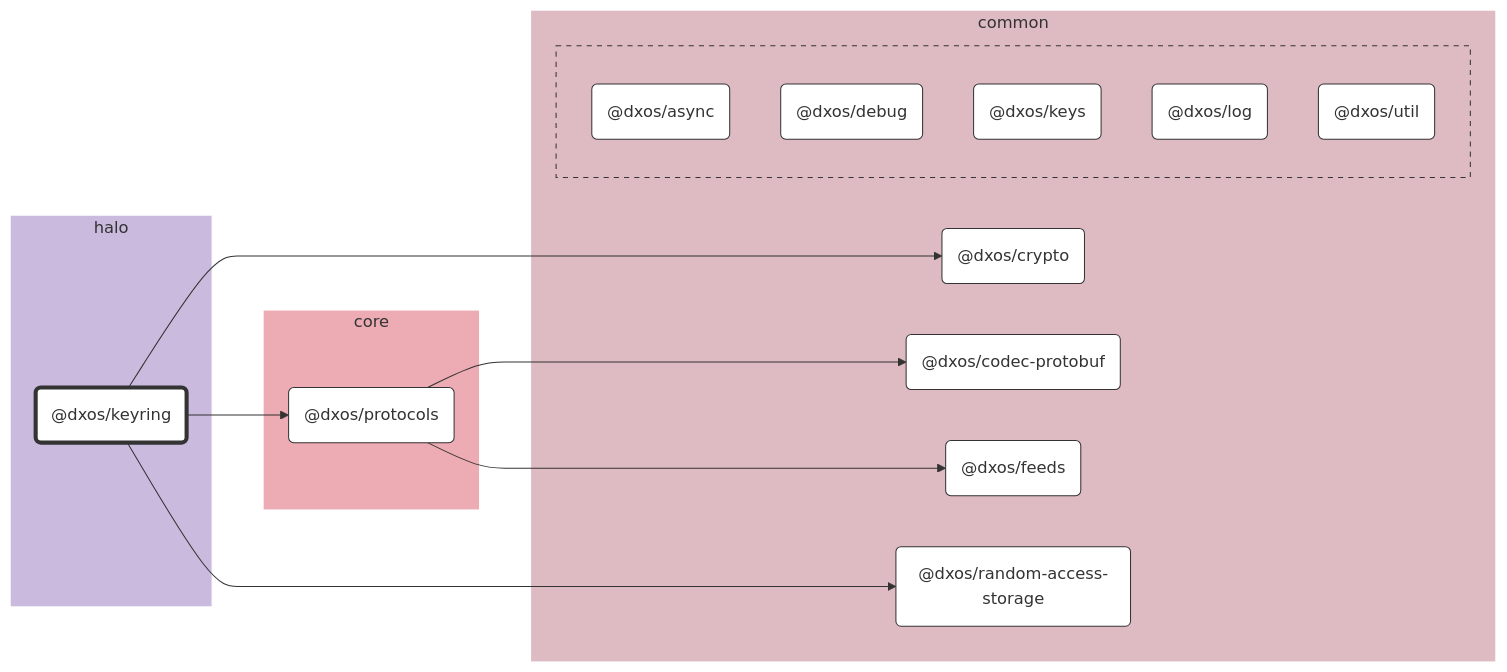
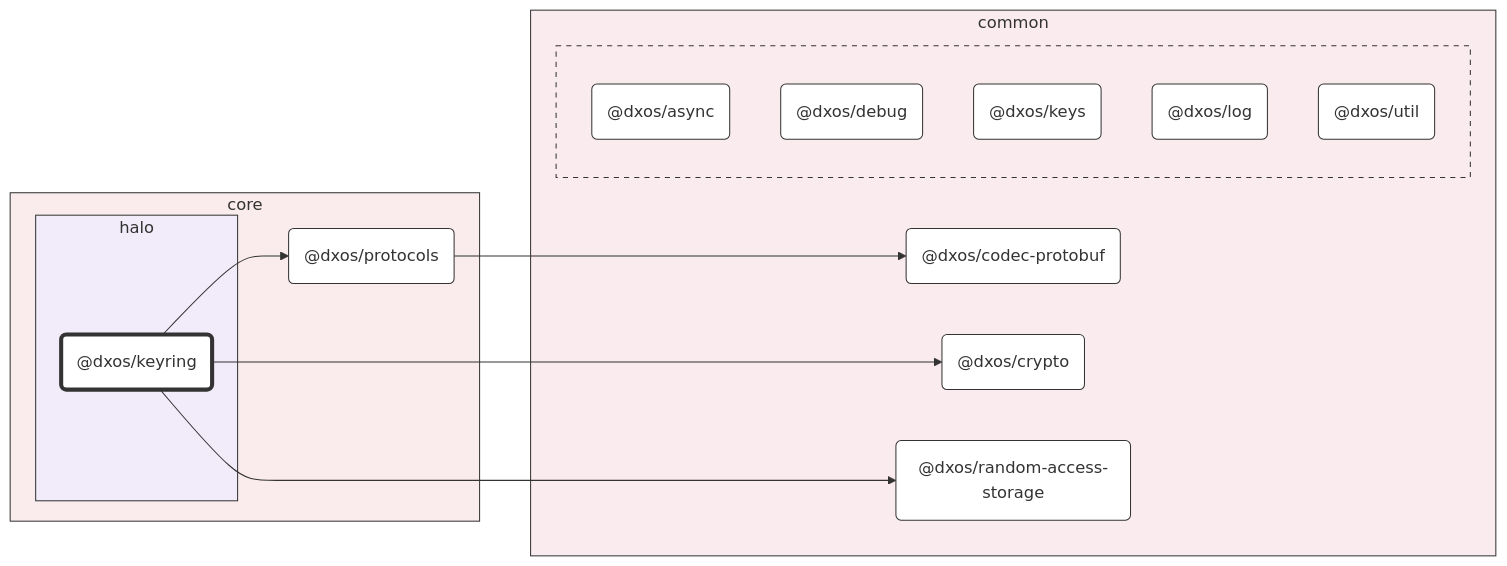
Before and after one commit to dxos/dxos: the diagram in packages/core/halo/keyring/docs/README.md, drawn with Mermaid. The commit also changed other lines of this file and 93 other files, not shown here.

First line of the commit message:
chore: hierarchical graphs. (#1583)

````diff
--- a/packages/core/halo/keyring/docs/README.md
+++ b/packages/core/halo/keyring/docs/README.md
@@ -7,57 +7,54 @@
 ```mermaid
 %%{ init: {'flowchart':{'curve':'basis'}} }%%
 
 flowchart LR
 
 %% Classes
 classDef def fill:#fff,stroke:#333,stroke-width:1px
 classDef root fill:#fff,stroke:#333,stroke-width:4px
 
 %% Nodes
 
-subgraph halo [halo]
-  style halo fill:#cabade,stroke:#fff
-  dxos/keyring("@dxos/keyring"):::root
-  click dxos/keyring "dxos/dxos/tree/main/packages/core/halo/keyring/docs"
+subgraph core [core]
+  style core fill:#faebec,stroke:#333
+  dxos/protocols("@dxos/protocols"):::def
+  click dxos/protocols "dxos/dxos/tree/main/packages/core/protocols/docs"
+
+  subgraph halo [halo]
+    style halo fill:#f1ebfa,stroke:#333
+    dxos/keyring("@dxos/keyring"):::root
+    click dxos/keyring "dxos/dxos/tree/main/packages/core/halo/keyring/docs"
+  end
 end
 
 subgraph common [common]
-  style common fill:#debac2,stroke:#fff
+  style common fill:#faebee,stroke:#333
   dxos/codec-protobuf("@dxos/codec-protobuf"):::def
   click dxos/codec-protobuf "dxos/dxos/tree/main/packages/common/codec-protobuf/docs"
   dxos/crypto("@dxos/crypto"):::def
   click dxos/crypto "dxos/dxos/tree/main/packages/common/crypto/docs"
-  dxos/feeds("@dxos/feeds"):::def
-  click dxos/feeds "dxos/dxos/tree/main/packages/common/feeds/docs"
   dxos/random-access-storage("@dxos/random-access-storage"):::def
   click dxos/random-access-storage "dxos/dxos/tree/main/packages/common/random-access-storage/docs"
 
-  subgraph common-excluded [ ]
-    style common-excluded fill:#debac2,stroke:#333,stroke-dasharray:5 5
+  subgraph _ [ ]
+    style _ fill:#faebee,stroke:#333,stroke-dasharray:5 5
     dxos/async("@dxos/async"):::def
     click dxos/async "dxos/dxos/tree/main/packages/common/async/docs"
     dxos/debug("@dxos/debug"):::def
     click dxos/debug "dxos/dxos/tree/main/packages/common/debug/docs"
     dxos/keys("@dxos/keys"):::def
     click dxos/keys "dxos/dxos/tree/main/packages/common/keys/docs"
     dxos/log("@dxos/log"):::def
     click dxos/log "dxos/dxos/tree/main/packages/common/log/docs"
     dxos/util("@dxos/util"):::def
     click dxos/util "dxos/dxos/tree/main/packages/common/util/docs"
   end
 end
 
-subgraph core [core]
-  style core fill:#edabb3,stroke:#fff
-  dxos/protocols("@dxos/protocols"):::def
-  click dxos/protocols "dxos/dxos/tree/main/packages/core/protocols/docs"
-end
-
 %% Links
 linkStyle default stroke:#333,stroke-width:1px
 dxos/keyring --> dxos/crypto
 dxos/keyring --> dxos/protocols
 dxos/protocols --> dxos/codec-protobuf
-dxos/protocols --> dxos/feeds
 dxos/keyring --> dxos/random-access-storage
 ```
````
